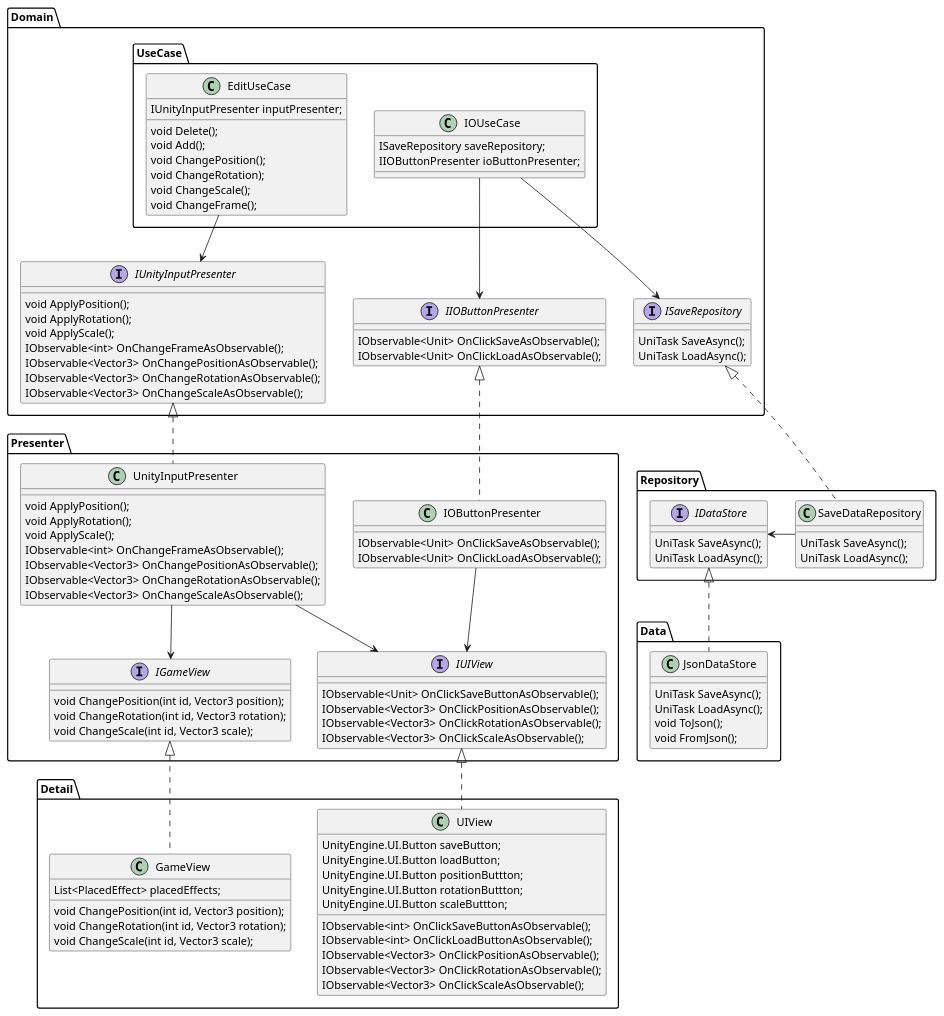
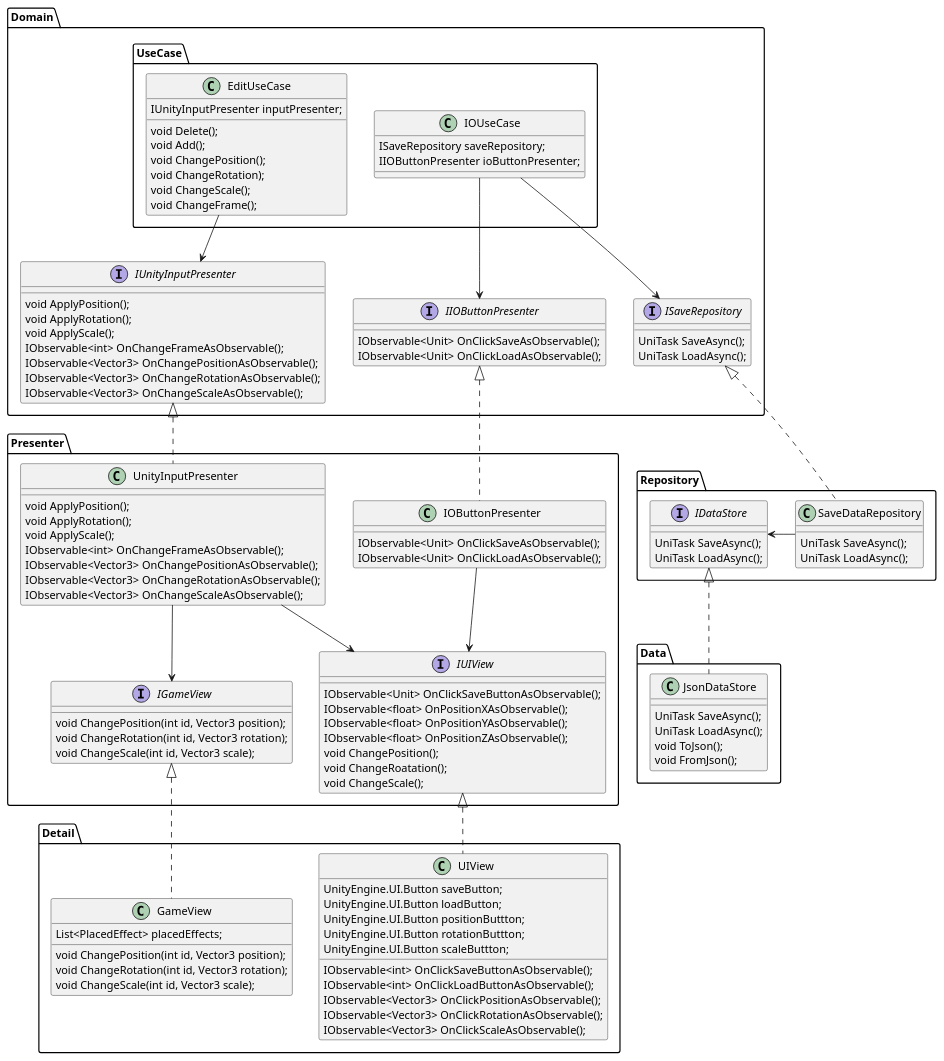
The diagram in doc/CATest.pu (HamachiTaro/CleanArchitectureTest), drawn with PlantUML before and after one commit. The commit also changed 4 other files, not shown here.

```diff
--- a/doc/CATest.pu
+++ b/doc/CATest.pu
@@ -1,164 +1,167 @@
 @startuml
 
 package Domain{
 
     package UseCase{
 
         '実際の処理をUseCaseに記載
         class EditUseCase
         {
             IUnityInputPresenter inputPresenter;
 
             void Delete();
             void Add();
             void ChangePosition();
             void ChangeRotation);
             void ChangeScale();
             void ChangeFrame();
         }
 
         class IOUseCase
         {
             ISaveRepository saveRepository;
             IIOButtonPresenter ioButtonPresenter;
         }
 
     }
 
     interface IUnityInputPresenter
     {
         'usecaseがこれを叩いて、見た目を更新する
         void ApplyPosition();
         void ApplyRotation();
         void ApplyScale();
         ' Presenterからのイベント受け取り
         IObservable<int> OnChangeFrameAsObservable();
         IObservable<Vector3> OnChangePositionAsObservable();
         IObservable<Vector3> OnChangeRotationAsObservable();
         IObservable<Vector3> OnChangeScaleAsObservable();
     }
 
     interface IIOButtonPresenter
     {
         IObservable<Unit> OnClickSaveAsObservable();
         IObservable<Unit> OnClickLoadAsObservable();
     }
 
     interface ISaveRepository
     {
         UniTask SaveAsync();
         UniTask LoadAsync();
     }
 
     IOUseCase --> IIOButtonPresenter
     IOUseCase --> ISaveRepository
     EditUseCase --> IUnityInputPresenter
 }
 
 package Repository {
 
     class SaveDataRepository
     {
         UniTask SaveAsync();
         UniTask LoadAsync();
     }
 
     interface IDataStore {
         UniTask SaveAsync();
         UniTask LoadAsync();
     }
 
     ISaveRepository <|.. SaveDataRepository
     IDataStore <- SaveDataRepository
 }
 
 package Data {
 
     class JsonDataStore
     {
         UniTask SaveAsync();
         UniTask LoadAsync();
         void ToJson();
         void FromJson();
     }
 
     IDataStore <|.. JsonDataStore
 }
 
 
 package Presenter {
 
     class IOButtonPresenter
     {
         IObservable<Unit> OnClickSaveAsObservable();
         IObservable<Unit> OnClickLoadAsObservable();
     }
 
 
     class UnityInputPresenter
     {
         void ApplyPosition();
         void ApplyRotation();
         void ApplyScale();
         IObservable<int> OnChangeFrameAsObservable();
         IObservable<Vector3> OnChangePositionAsObservable();
         IObservable<Vector3> OnChangeRotationAsObservable();
         IObservable<Vector3> OnChangeScaleAsObservable();
     }
 
     interface IUIView
     {
         IObservable<Unit> OnClickSaveButtonAsObservable();
-        IObservable<Vector3> OnClickPositionAsObservable();
-        IObservable<Vector3> OnClickRotationAsObservable();
-        IObservable<Vector3> OnClickScaleAsObservable();
+        IObservable<float> OnPositionXAsObservable();
+        IObservable<float> OnPositionYAsObservable();
+        IObservable<float> OnPositionZAsObservable();
+        void ChangePosition();
+        void ChangeRoatation();
+        void ChangeScale();
     }
 
     interface IGameView
     {
         void ChangePosition(int id, Vector3 position);
         void ChangeRotation(int id, Vector3 rotation);
         void ChangeScale(int id, Vector3 scale);
     }
 
     IIOButtonPresenter <|.. IOButtonPresenter
     IUnityInputPresenter <|.. UnityInputPresenter
     UnityInputPresenter --> IUIView
     UnityInputPresenter --> IGameView
     IOButtonPresenter --> IUIView
 }
 
 package Detail {
 
     'UnityEngine.UIを知っている
     class UIView
     {
         UnityEngine.UI.Button saveButton;
         UnityEngine.UI.Button loadButton;
         UnityEngine.UI.Button positionButtton;
         UnityEngine.UI.Button rotationButtton;
         UnityEngine.UI.Button scaleButtton;
 
         'idを渡したいのでint
         IObservable<int> OnClickSaveButtonAsObservable();
         IObservable<int> OnClickLoadButtonAsObservable();
         IObservable<Vector3> OnClickPositionAsObservable();
         IObservable<Vector3> OnClickRotationAsObservable();
         IObservable<Vector3> OnClickScaleAsObservable();
     }
 
     'UnityEngine.GameObjectを知っている
     class GameView
     {
         List<PlacedEffect> placedEffects;
         void ChangePosition(int id, Vector3 position);
         void ChangeRotation(int id, Vector3 rotation);
         void ChangeScale(int id, Vector3 scale);
     }
 
     IUIView <|.. UIView
     IGameView <|.. GameView
 }
 
 
 @enduml
```
